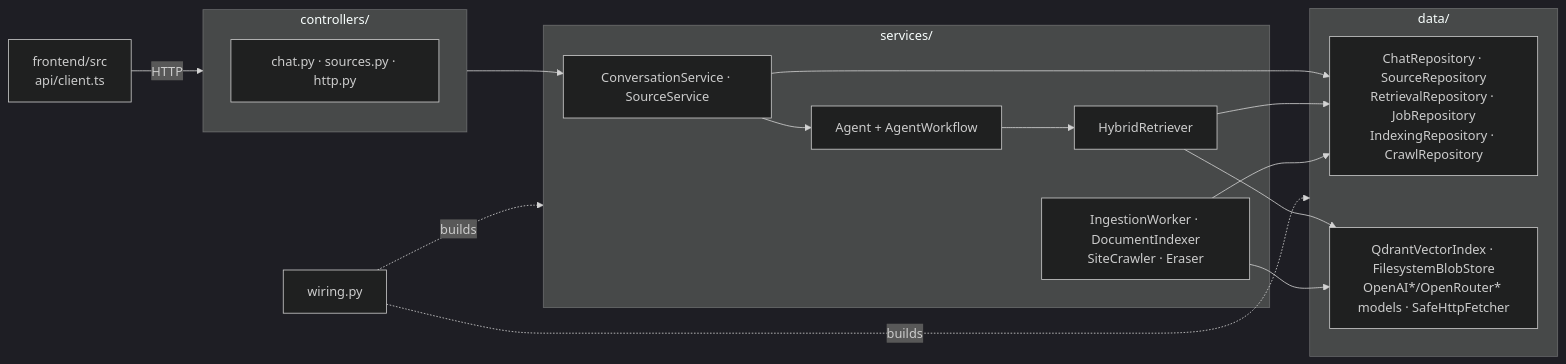
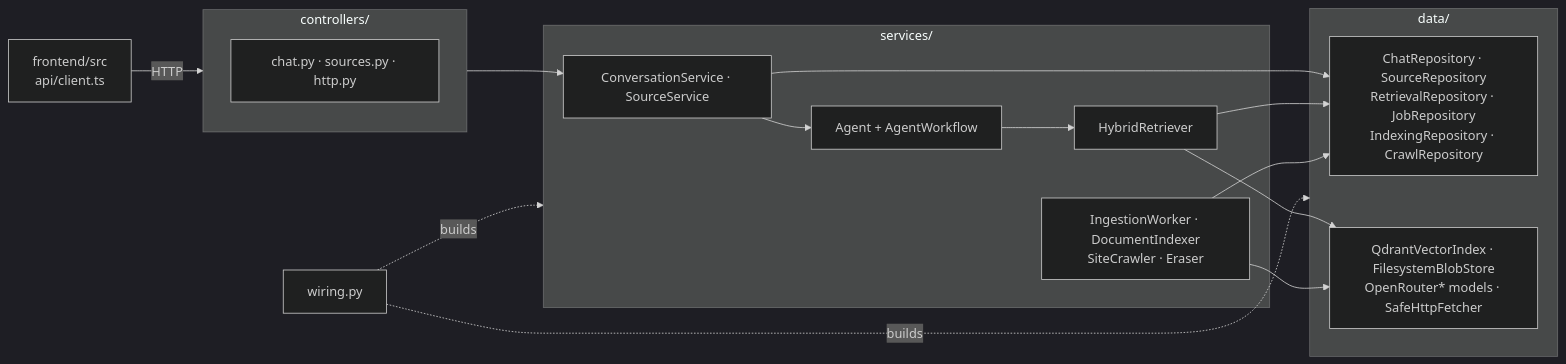
Before and after one commit to Fezzaioussama/ContextMesh: the first of 4 diagrams in docs/guide.md, drawn with Mermaid (dark theme). The commit also changed other lines of this file and 24 other files, not shown here.

Commit message:
feat: migrate to OpenRouter as the sole model provider with updated configurations and documentation

````diff
--- a/docs/guide.md
+++ b/docs/guide.md
@@ -8,26 +8,26 @@
 ```mermaid
 flowchart LR
   FE["frontend/src<br/>api/client.ts"] -->|HTTP| C
   subgraph C["controllers/"]
     c1["chat.py · sources.py · http.py"]
   end
   subgraph S["services/"]
     s1["ConversationService · SourceService"]
     s2["Agent + AgentWorkflow"]
     s3["HybridRetriever"]
     s4["IngestionWorker · DocumentIndexer<br/>SiteCrawler · Eraser"]
   end
   subgraph D["data/"]
     d1["ChatRepository · SourceRepository<br/>RetrievalRepository · JobRepository<br/>IndexingRepository · CrawlRepository"]
-    d2["QdrantVectorIndex · FilesystemBlobStore<br/>OpenAI*/OpenRouter* models · SafeHttpFetcher"]
+    d2["QdrantVectorIndex · FilesystemBlobStore<br/>OpenRouter* models · SafeHttpFetcher"]
   end
   C --> s1
   s1 --> s2 --> s3
   s1 --> d1
   s3 --> d1
   s3 --> d2
   s4 --> d1
   s4 --> d2
   W["wiring.py"] -. builds .-> S
   W -. builds .-> D
 ```
````
